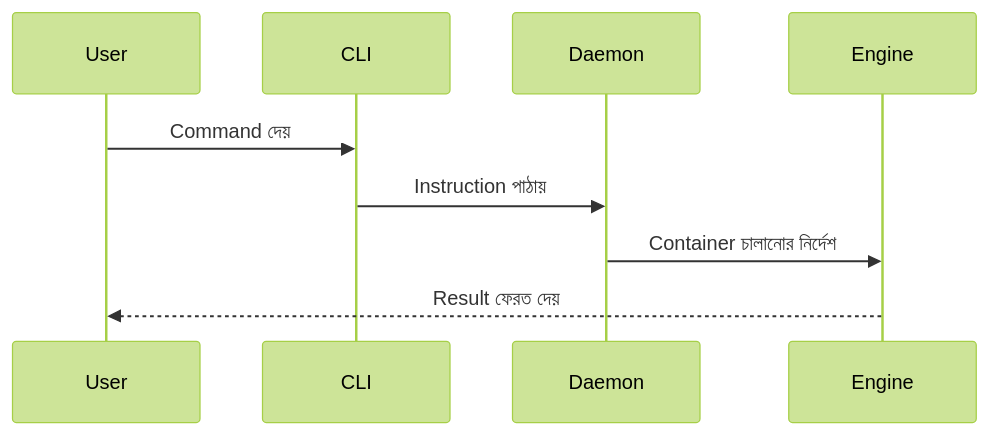
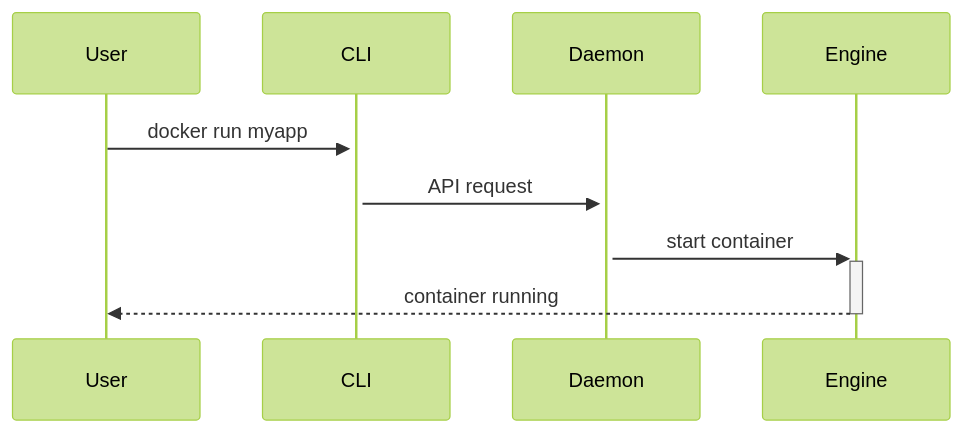
The diagram in content/learn/docker/docker-engine-cli.mdx (webxbeyond/webx-beyond-website), drawn with Mermaid (forest theme) before and after one commit. The commit also changed other lines of this file and 10 other files, not shown here.

````diff
--- a/content/learn/docker/docker-engine-cli.mdx
+++ b/content/learn/docker/docker-engine-cli.mdx
@@ -42,7 +64,7 @@
 ```mermaid
 sequenceDiagram
-User->>CLI: Command দেয়
-CLI->>Daemon: Instruction পাঠায়
-Daemon->>Engine: Container চালানোর নির্দেশ
-Engine-->>User: Result ফেরত দেয়
+        User->>+CLI: docker run myapp
+        CLI->>+Daemon: API request
+        Daemon->>+Engine: start container
+        Engine-->>-User: container running
 ```
````
